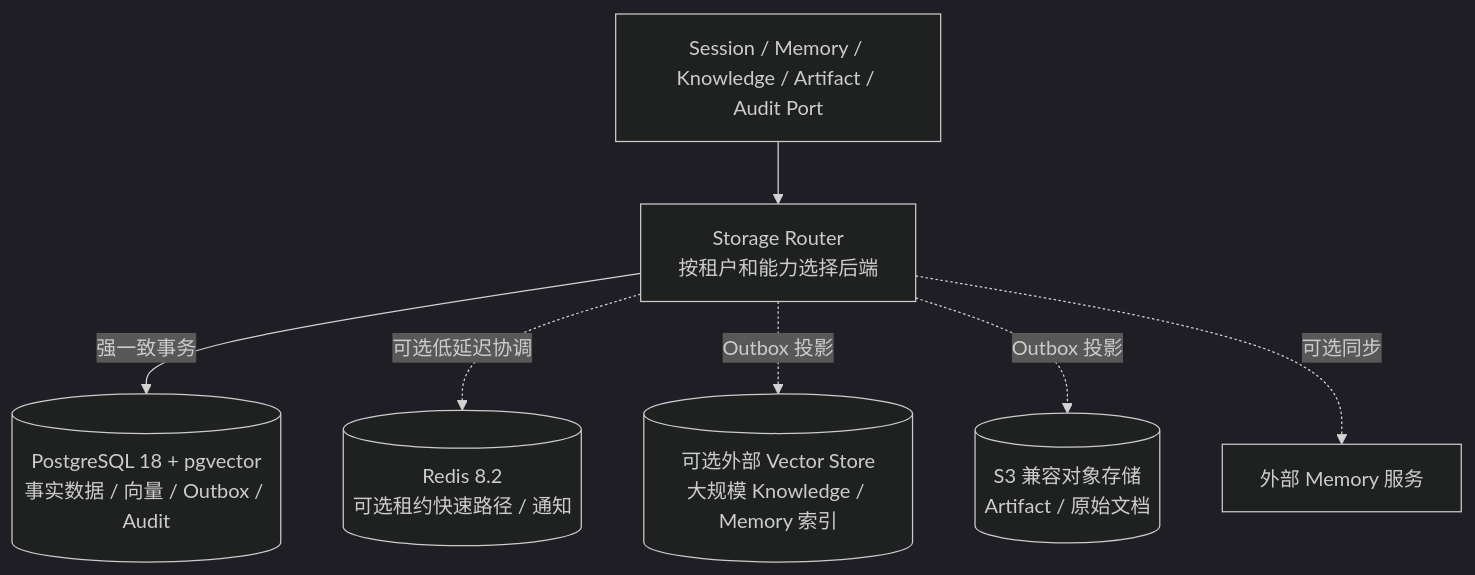
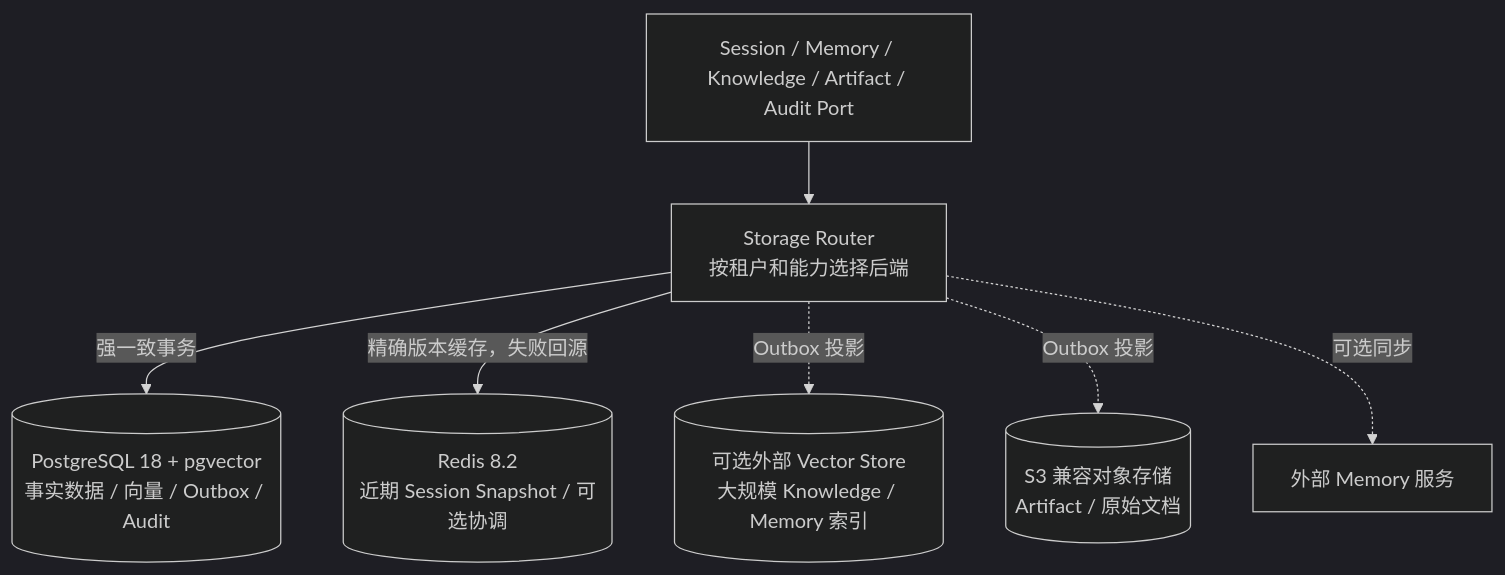
The fourth of 8 diagrams in docs/架构.md (Eternally72/trpc-agent-service), drawn with Mermaid (dark theme) before and after one commit. The commit also changed other lines of this file and 36 other files, not shown here.

````diff
--- a/docs/架构.md
+++ b/docs/架构.md
@@ -131,17 +140,17 @@
 ```mermaid
 flowchart TB
     SERVICE[Session / Memory / Knowledge / Artifact / Audit Port]
     ROUTER[Storage Router<br/>按租户和能力选择后端]
     SQL[(PostgreSQL 18 + pgvector<br/>事实数据 / 向量 / Outbox / Audit)]
-    REDIS[(Redis 8.2<br/>可选租约快速路径 / 通知)]
+    REDIS[(Redis 8.2<br/>近期 Session Snapshot / 可选协调)]
     VECTOR[(可选外部 Vector Store<br/>大规模 Knowledge / Memory 索引)]
     OBJECT[(S3 兼容对象存储<br/>Artifact / 原始文档)]
     MEMORY[外部 Memory 服务]
 
     SERVICE --> ROUTER
     ROUTER -->|强一致事务| SQL
-    ROUTER -. 可选低延迟协调 .-> REDIS
+    ROUTER -->|精确版本缓存，失败回源| REDIS
     ROUTER -. Outbox 投影 .-> VECTOR
     ROUTER -. Outbox 投影 .-> OBJECT
     ROUTER -. 可选同步 .-> MEMORY
 ```
````
